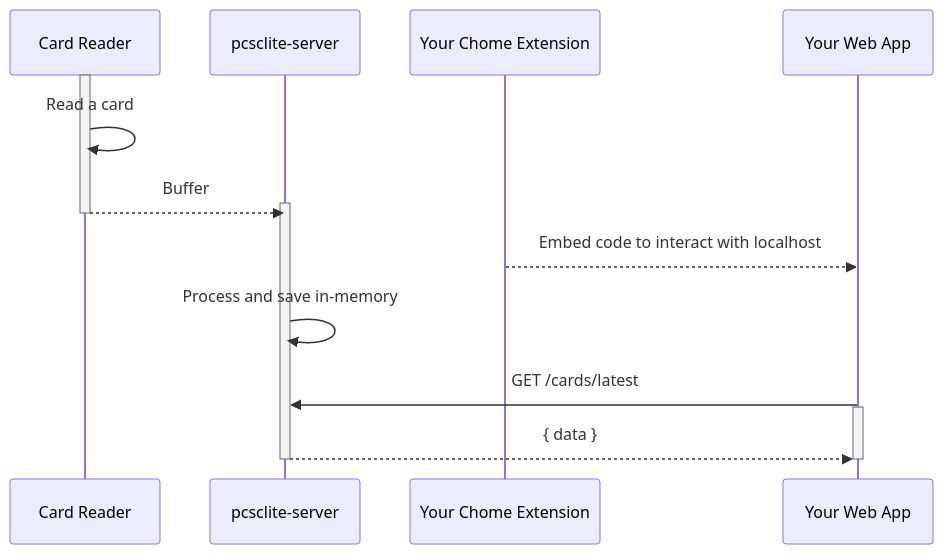
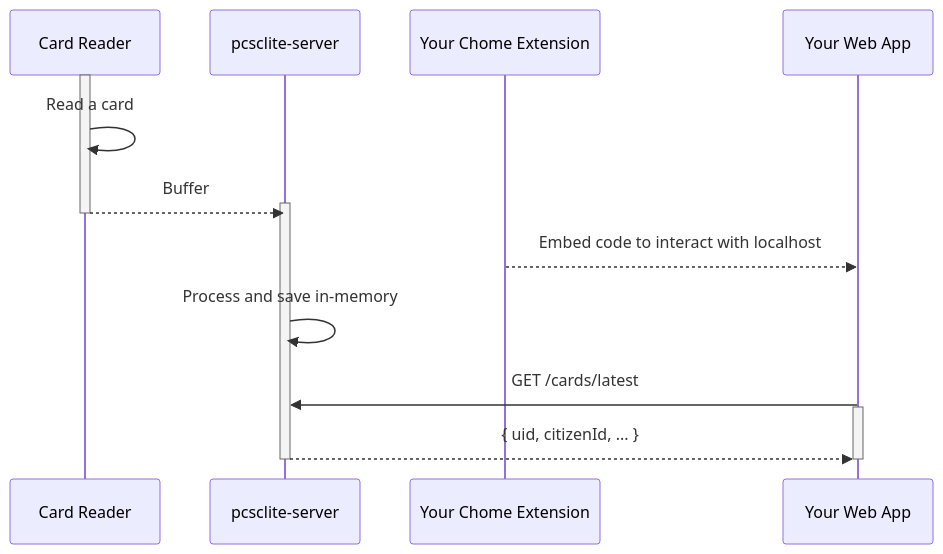
One commit to micksatana/pcsclite-server changed the diagram in README.md. Above: the diagram before and after it, drawn with Mermaid. The commit also changed other lines of this file and 21 other files, not shown here.

````diff
--- a/README.md
+++ b/README.md
@@ -11,20 +7,20 @@
 ```mermaid
 sequenceDiagram
 participant r as Card Reader
 participant s as pcsclite-server
 participant ce as Your Chome Extension
 participant w as Your Web App
 
 activate r
 r ->> r: Read a card
 r -->> s: Buffer
 activate s
 deactivate r
 ce -->> w: Embed code to interact with localhost
 s ->> s: Process and save in-memory
 w ->> s: GET /cards/latest
 activate w
-s -->> w: { data }
+s -->> w: { uid, citizenId, ... }
 deactivate w
 deactivate s
 ```
````
